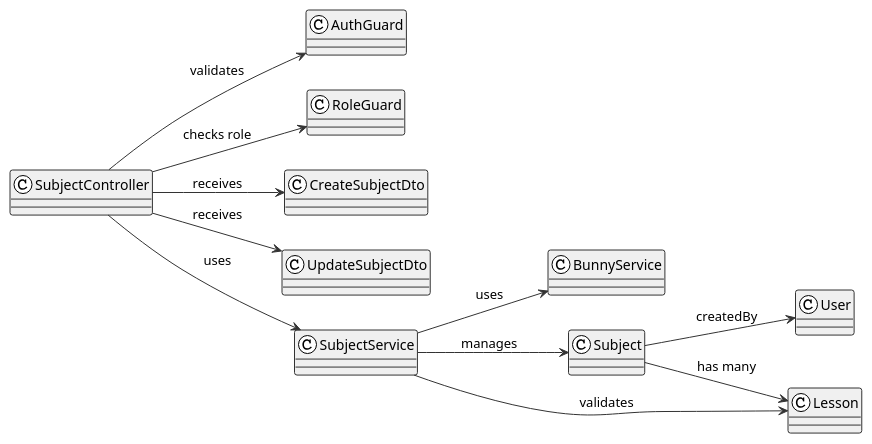
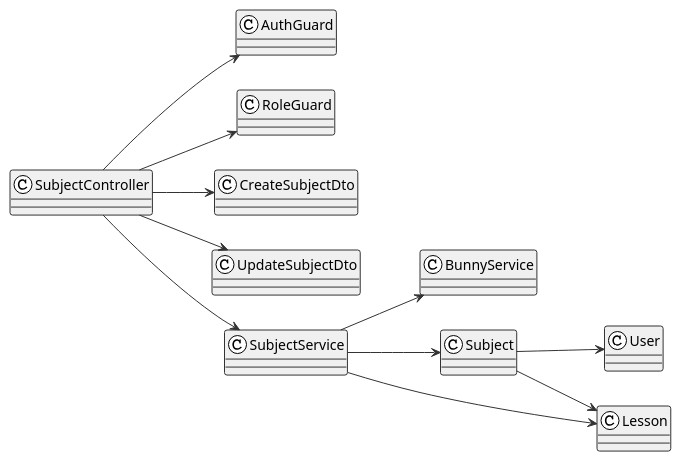
Before and after one commit to gs4lthung/capstone-project-be: the diagram in diagrams/details/manage-subject/class.puml, drawn with PlantUML. The commit also changed 34 other files, not shown here.

First line of the commit message:
Add diagrams for AI subject generation, login module, and manage course features

```diff
--- a/diagrams/details/manage-subject/class.puml
+++ b/diagrams/details/manage-subject/class.puml
@@ -1,89 +1,90 @@
 @startuml ManageSubjectClassDiagram
 !theme plain
 skinparam classBackgroundColor #f0f0f0
 skinparam classBorderColor #333
 skinparam arrowColor #333
 
 left to right direction
 
 ' ════════════════════════════════════════════════════════════════════════════════════
 ' CONTROLLER LAYER
 ' ════════════════════════════════════════════════════════════════════════════════════
 
 class SubjectController {
 
 }
 
 ' ════════════════════════════════════════════════════════════════════════════════════
 ' GUARD LAYER
 ' ════════════════════════════════════════════════════════════════════════════════════
 
 class AuthGuard {
 
 }
 
 class RoleGuard {
 
 }
 
 ' ════════════════════════════════════════════════════════════════════════════════════
 ' DTO LAYER
 ' ════════════════════════════════════════════════════════════════════════════════════
 
 class CreateSubjectDto {
 
 }
 
 class UpdateSubjectDto {
 
 }
 
 ' ════════════════════════════════════════════════════════════════════════════════════
 ' SERVICE LAYER
 ' ════════════════════════════════════════════════════════════════════════════════════
 
 class SubjectService {
 
 }
 
 class BunnyService {
 
 }
 
 ' ════════════════════════════════════════════════════════════════════════════════════
 ' ENTITY LAYER
 ' ════════════════════════════════════════════════════════════════════════════════════
 
 class Subject {
 
 }
 
 class User {
 
 }
 
 class Lesson {
 
 }
 
 ' ════════════════════════════════════════════════════════════════════════════════════
 ' RELATIONSHIPS
 ' ════════════════════════════════════════════════════════════════════════════════════
 
+
 ' Controller relationships
-SubjectController --> AuthGuard: validates
-SubjectController --> RoleGuard: checks role
-SubjectController --> SubjectService: uses
-SubjectController --> CreateSubjectDto: receives
-SubjectController --> UpdateSubjectDto: receives
+SubjectController --> AuthGuard
+SubjectController --> RoleGuard
+SubjectController --> SubjectService
+SubjectController --> CreateSubjectDto
+SubjectController --> UpdateSubjectDto
 
 ' Service relationships
-SubjectService --> BunnyService: uses
-SubjectService --> Subject: manages
-SubjectService --> Lesson: validates
+SubjectService --> BunnyService
+SubjectService --> Subject
+SubjectService --> Lesson
 
 ' Entity relationships
-Subject --> User: createdBy
-Subject --> Lesson: has many
+Subject --> User
+Subject --> Lesson
 
 @enduml
```
